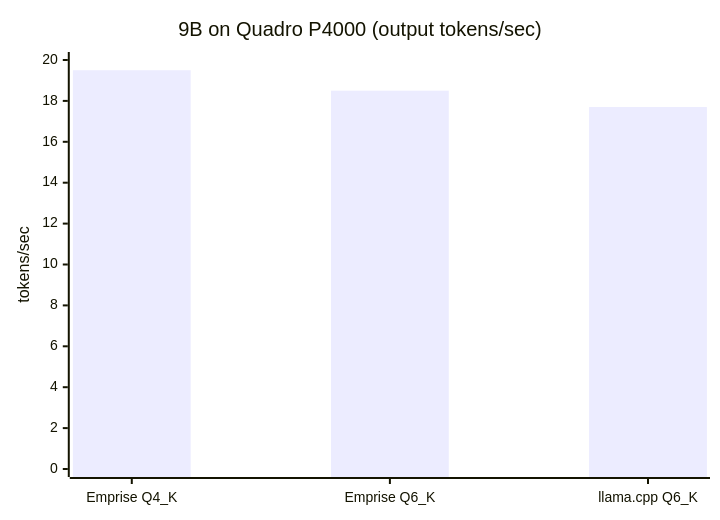
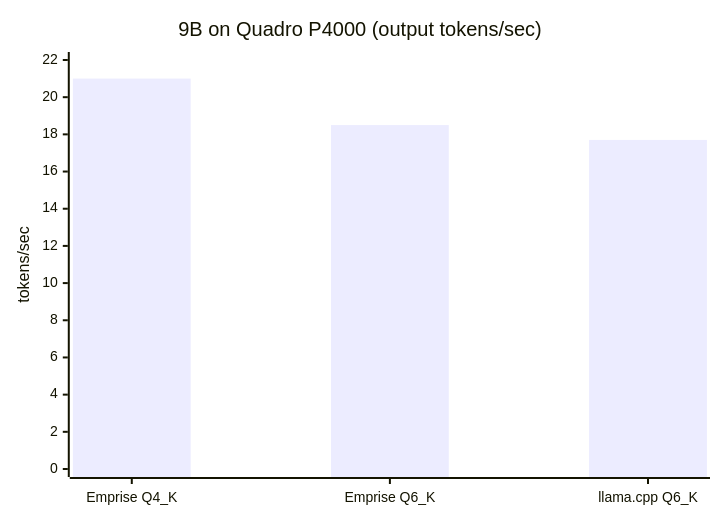
The diagram in v1.1/README.md (kiyosh11/emprise), drawn with Mermaid before and after one commit. The commit also changed other lines of this file and 3 other files, not shown here.

````diff
--- a/v1.1/README.md
+++ b/v1.1/README.md
@@ -38,7 +38,7 @@
 ```mermaid
 xychart-beta
     title "9B on Quadro P4000 (output tokens/sec)"
     x-axis ["Emprise Q4_K", "Emprise Q6_K", "llama.cpp Q6_K"]
-    y-axis "tokens/sec" 0 --> 20
-    bar [19.5, 18.5, 17.7]
+    y-axis "tokens/sec" 0 --> 22
+    bar [21, 18.5, 17.7]
 ```
````
